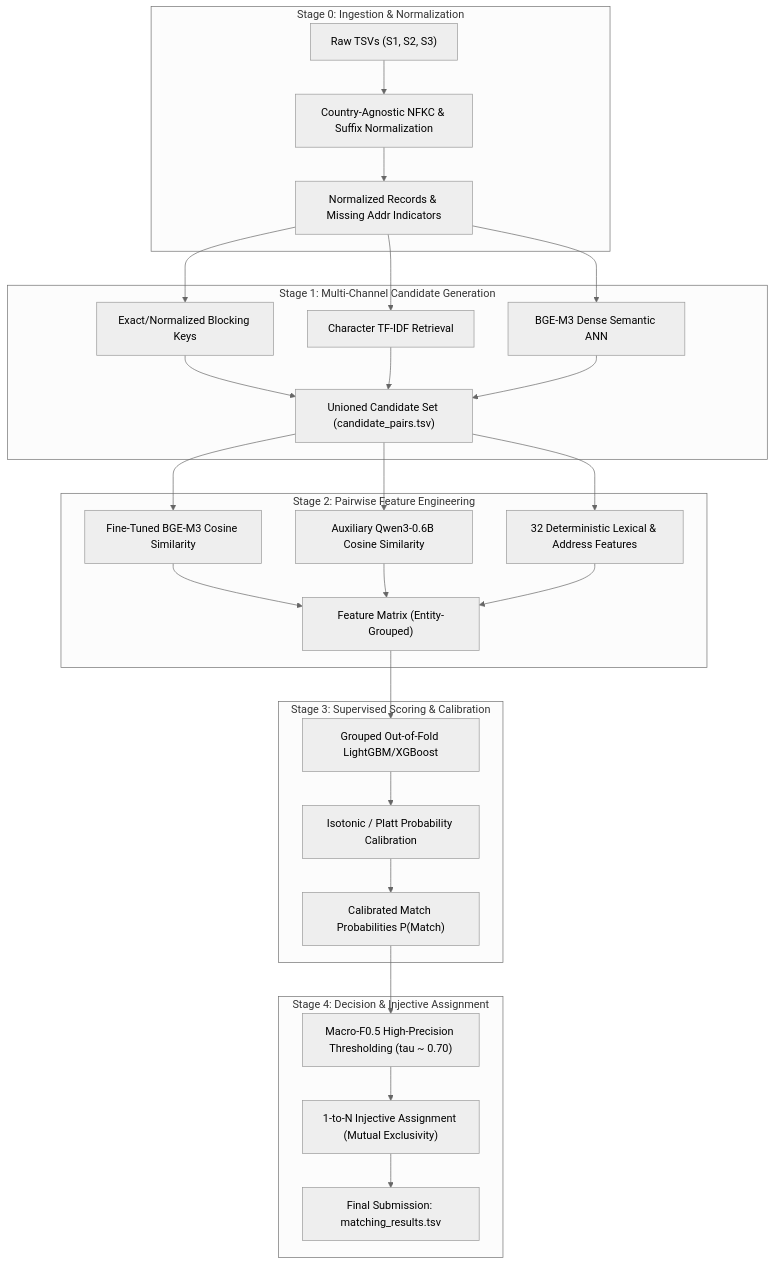
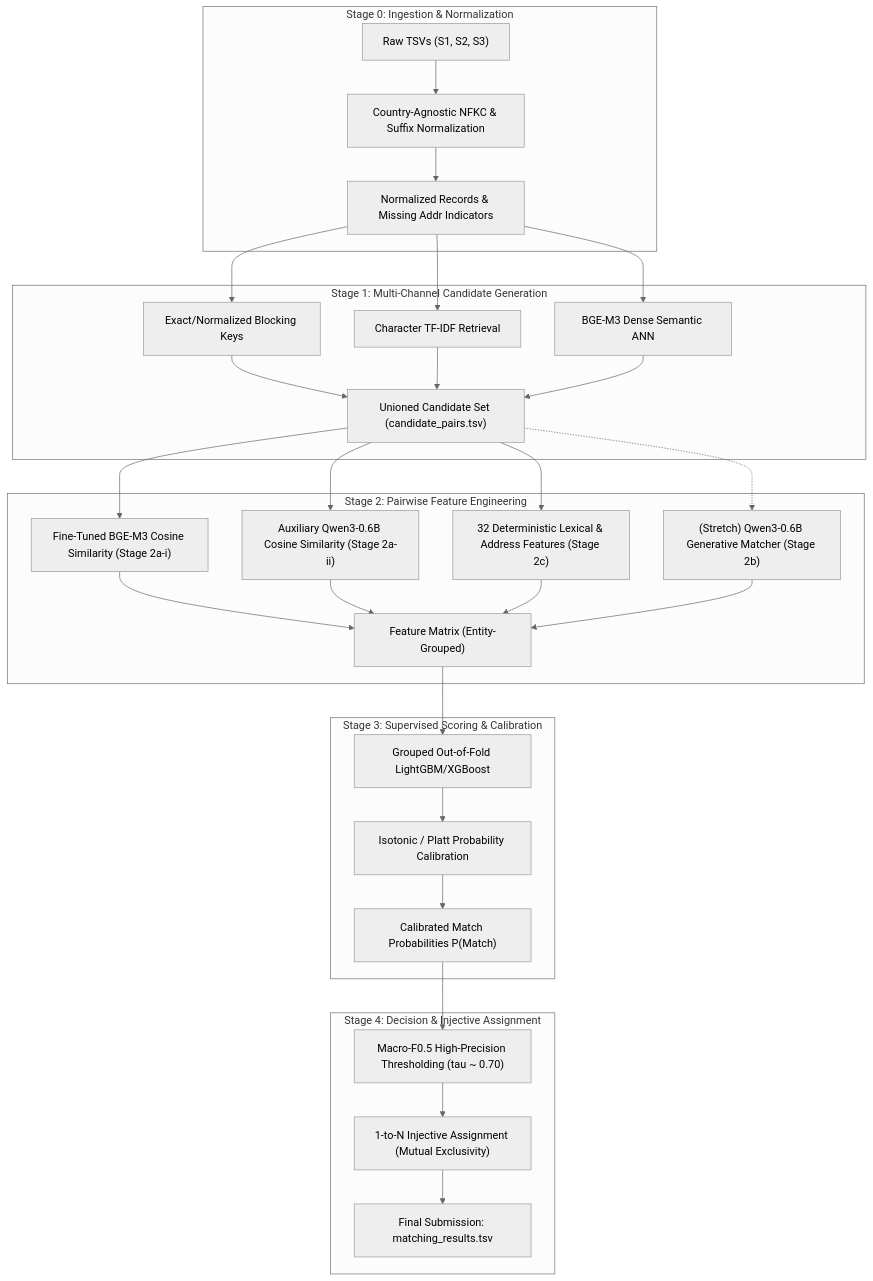
Before and after one commit to priyanshu-ogdev/AmazonMLChallenge2026: the diagram in docs/README.md, drawn with Mermaid (neutral theme). The commit also changed other lines of this file and 19 other files, not shown here.

````diff
--- a/docs/README.md
+++ b/docs/README.md
@@ -12,33 +12,34 @@
 ```mermaid
 flowchart TD
     subgraph S0["Stage 0: Ingestion & Normalization"]
         R1["Raw TSVs (S1, S2, S3)"] --> N0["Country-Agnostic NFKC & Suffix Normalization"]
         N0 --> D0["Normalized Records & Missing Addr Indicators"]
     end
 
     subgraph S1["Stage 1: Multi-Channel Candidate Generation"]
         D0 --> B1["Exact/Normalized Blocking Keys"]
         D0 --> B2["Character TF-IDF Retrieval"]
         D0 --> B3["BGE-M3 Dense Semantic ANN"]
         B1 & B2 & B3 --> U1["Unioned Candidate Set (candidate_pairs.tsv)"]
     end
 
     subgraph S2["Stage 2: Pairwise Feature Engineering"]
-        U1 --> F1["Fine-Tuned BGE-M3 Cosine Similarity"]
-        U1 --> F2["Auxiliary Qwen3-0.6B Cosine Similarity"]
-        U1 --> F3["32 Deterministic Lexical & Address Features"]
-        F1 & F2 & F3 --> M2["Feature Matrix (Entity-Grouped)"]
+        U1 --> F1["Fine-Tuned BGE-M3 Cosine Similarity (Stage 2a-i)"]
+        U1 --> F2["Auxiliary Qwen3-0.6B Cosine Similarity (Stage 2a-ii)"]
+        U1 --> F3["32 Deterministic Lexical & Address Features (Stage 2c)"]
+        U1 -.-> F4["(Stretch) Qwen3-0.6B Generative Matcher (Stage 2b)"]
+        F1 & F2 & F3 & F4 --> M2["Feature Matrix (Entity-Grouped)"]
     end
 
     subgraph S3["Stage 3: Supervised Scoring & Calibration"]
         M2 --> G3["Grouped Out-of-Fold LightGBM/XGBoost"]
         G3 --> C3["Isotonic / Platt Probability Calibration"]
         C3 --> P3["Calibrated Match Probabilities P(Match)"]
     end
 
     subgraph S4["Stage 4: Decision & Injective Assignment"]
         P3 --> T4["Macro-F0.5 High-Precision Thresholding (tau ~ 0.70)"]
         T4 --> I4["1-to-N Injective Assignment (Mutual Exclusivity)"]
         I4 --> O4["Final Submission: matching_results.tsv"]
     end
 ```
````
